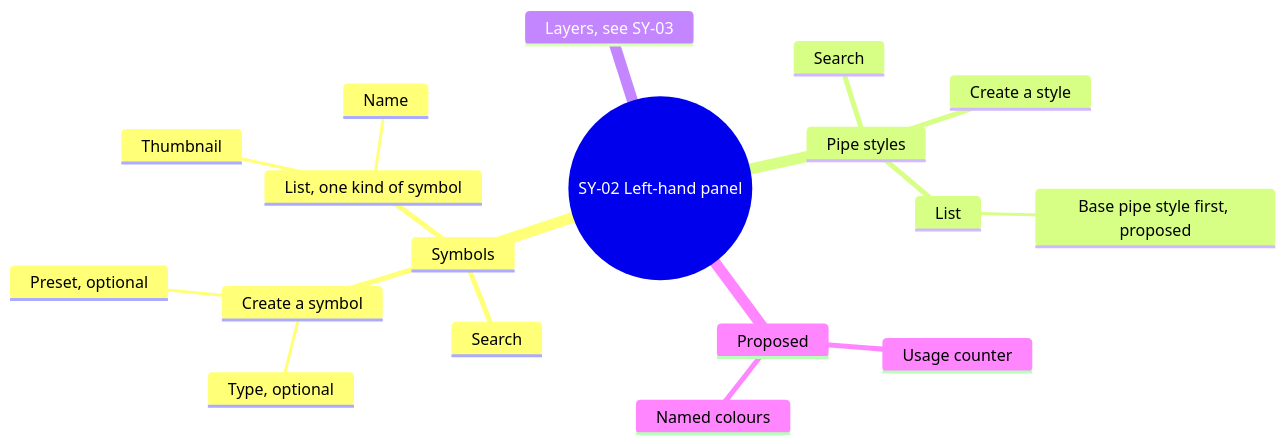
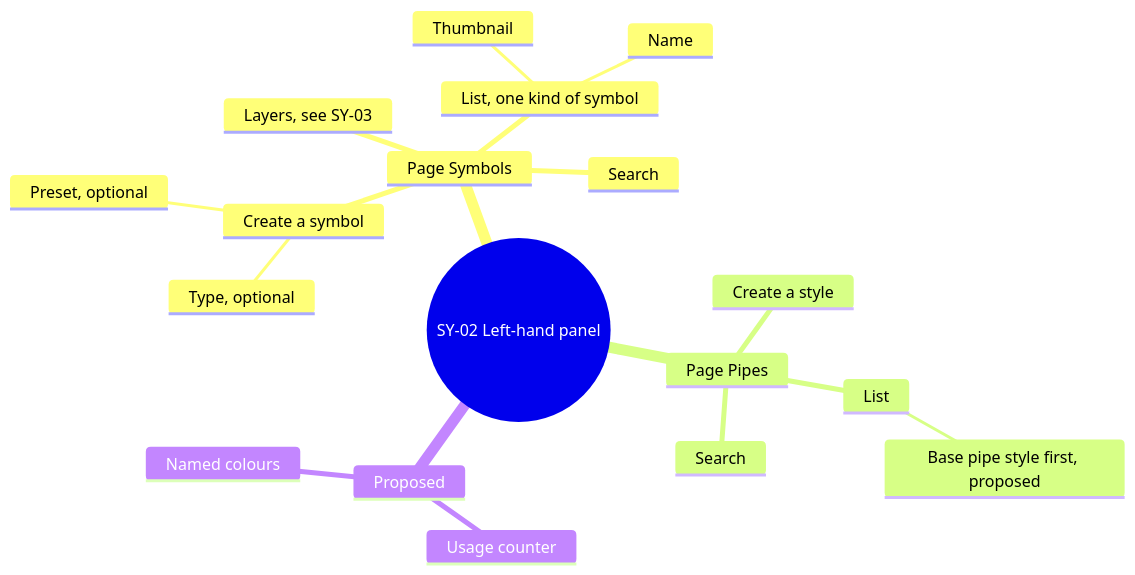
Before and after one commit to AlexandreGallais/synoptic-studio-spec: the third of 14 diagrams in screens/symbols.md, drawn with Mermaid. The commit also changed other lines of this file and 14 other files, not shown here.

````diff
--- a/screens/symbols.md
+++ b/screens/symbols.md
@@ -65,21 +61,21 @@
 ```mermaid
 mindmap
   root((SY-02 Left-hand panel))
-    Symbols
+    Page Symbols
       Search
       Create a symbol
         Type, optional
         Preset, optional
       List, one kind of symbol
         Thumbnail
         Name
-    Pipe styles
+      Layers, see SY-03
+    Page Pipes
       Search
       Create a style
       List
         Base pipe style first, proposed
-    Layers, see SY-03
     Proposed
       Usage counter
       Named colours
 ```
````
